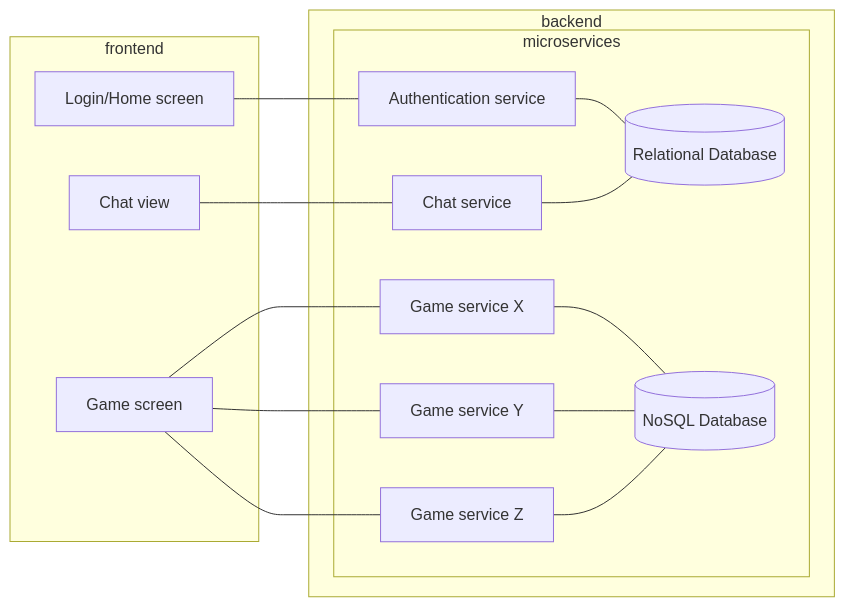
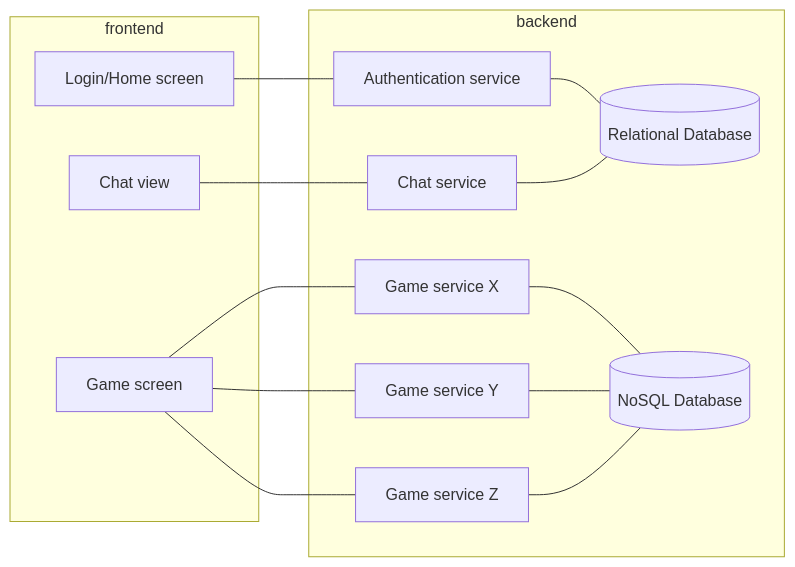
Before and after one commit to stickianempire/stickian: the diagram in documents/ARCHITECTURE.md, drawn with Mermaid.

Commit message:
I should install mermaid locally 4

````diff
--- a/documents/ARCHITECTURE.md
+++ b/documents/ARCHITECTURE.md
@@ -21,26 +21,24 @@
 ```mermaid
 flowchart LR
     subgraph frontend
         home[Login/Home screen]
         game[Game screen]
         game[Game screen]
         game[Game screen]
         chat[Chat view]
     end
     subgraph backend
-        subgraph microservices
-            home --- auths
-            auths[Authentication service] --- relationaldb
-            game --- gameb1
-            game --- gameb2
-            game --- gameb3
-            gameb1[Game service X] --- gamedb
-            gameb2[Game service Y] --- gamedb
-            gameb3[Game service Z] --- gamedb
-            chat --- chatb
-            chatb[Chat service] --- relationaldb
-            gamedb[(NoSQL Database)]
-            relationaldb[(Relational Database)]
-        end
+        home --- auths
+        auths[Authentication service] --- relationaldb
+        game --- gameb1
+        game --- gameb2
+        game --- gameb3
+        gameb1[Game service X] --- gamedb
+        gameb2[Game service Y] --- gamedb
+        gameb3[Game service Z] --- gamedb
+        chat --- chatb
+        chatb[Chat service] --- relationaldb
+        gamedb[(NoSQL Database)]
+        relationaldb[(Relational Database)]
     end
 ```
````
